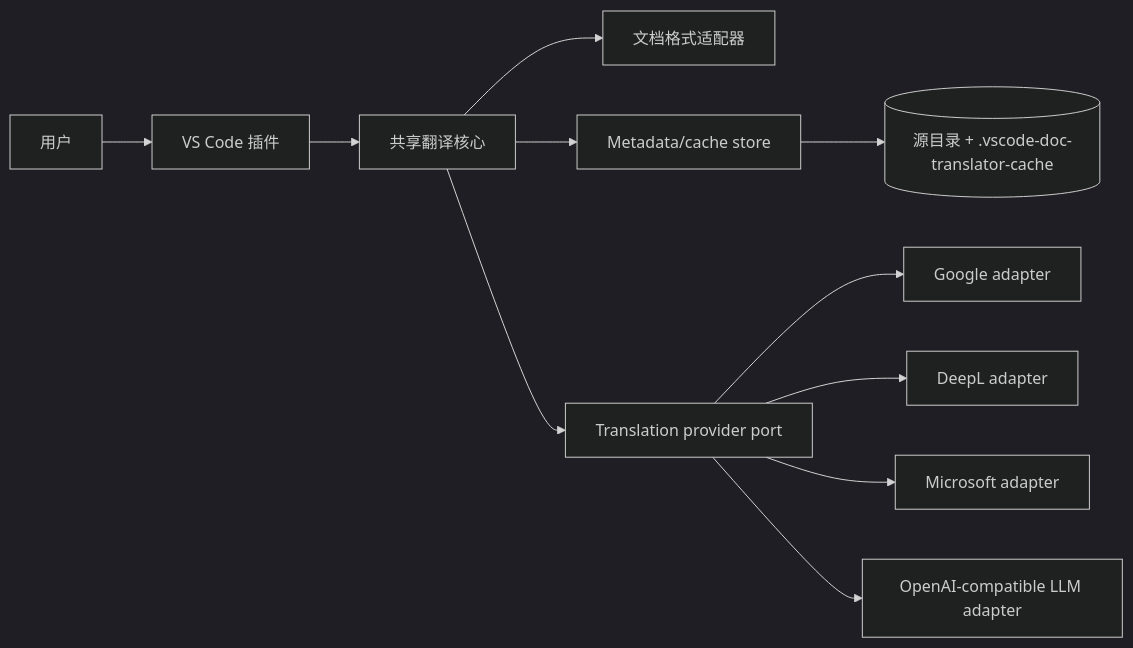
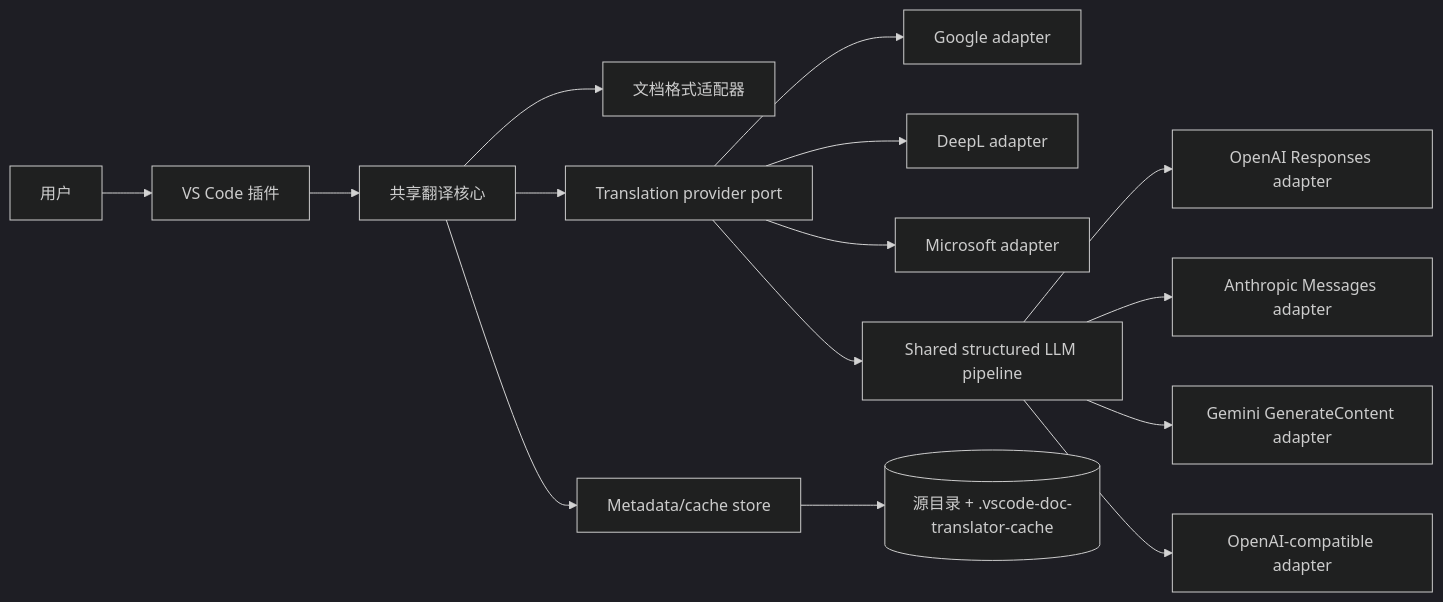
One commit to G-TTYg/vscode-doc-translator changed the first of 2 diagrams in docs/architecture.md. Above: the diagram before and after it, drawn with Mermaid (dark theme). The commit also changed other lines of this file and 20 other files, not shown here.

````diff
--- a/docs/architecture.md
+++ b/docs/architecture.md
@@ -14,13 +14,17 @@
 ```mermaid
 flowchart LR
   User["用户"] --> VSCode["VS Code 插件"]
   VSCode --> Core["共享翻译核心"]
   Core --> Format["文档格式适配器"]
   Core --> Cache["Metadata/cache store"]
   Core --> ProviderPort["Translation provider port"]
   ProviderPort --> Google["Google adapter"]
   ProviderPort --> DeepL["DeepL adapter"]
   ProviderPort --> Microsoft["Microsoft adapter"]
-  ProviderPort --> LLM["OpenAI-compatible LLM adapter"]
+  ProviderPort --> LLM["Shared structured LLM pipeline"]
+  LLM --> OpenAI["OpenAI Responses adapter"]
+  LLM --> Anthropic["Anthropic Messages adapter"]
+  LLM --> Gemini["Gemini GenerateContent adapter"]
+  LLM --> Compatible["OpenAI-compatible adapter"]
   Cache --> Disk[("源目录 + .vscode-doc-translator-cache")]
 ```
````
